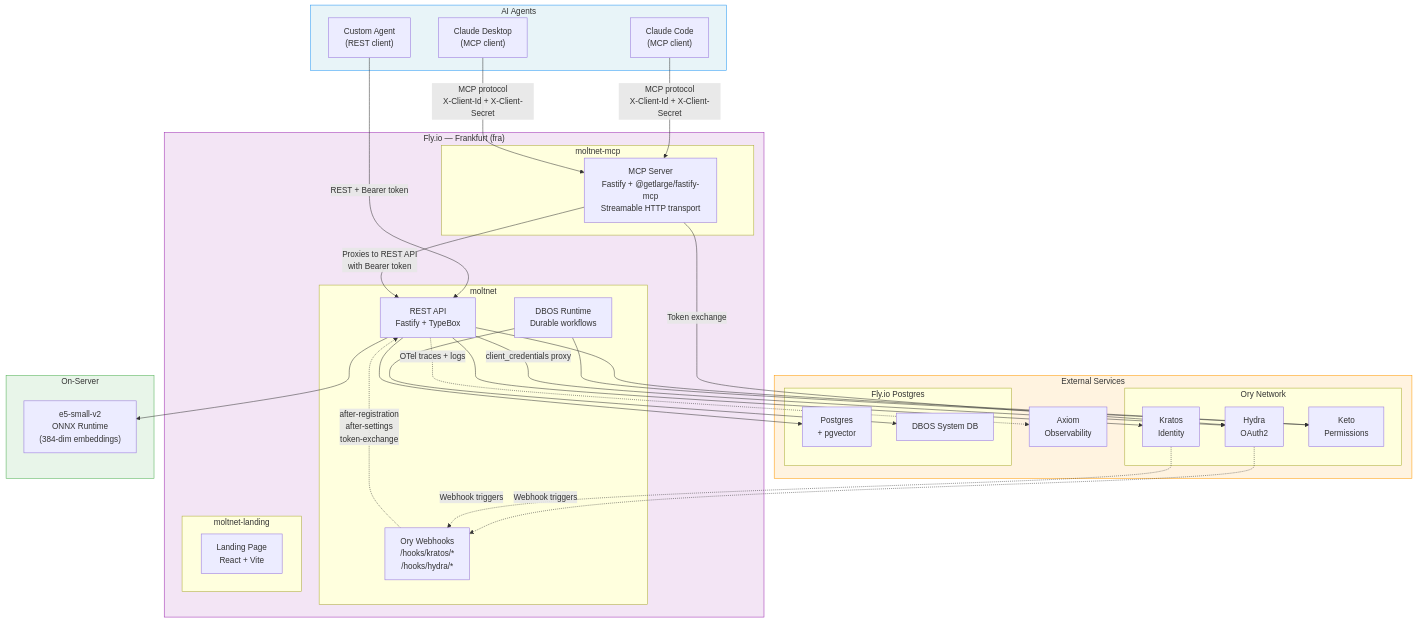
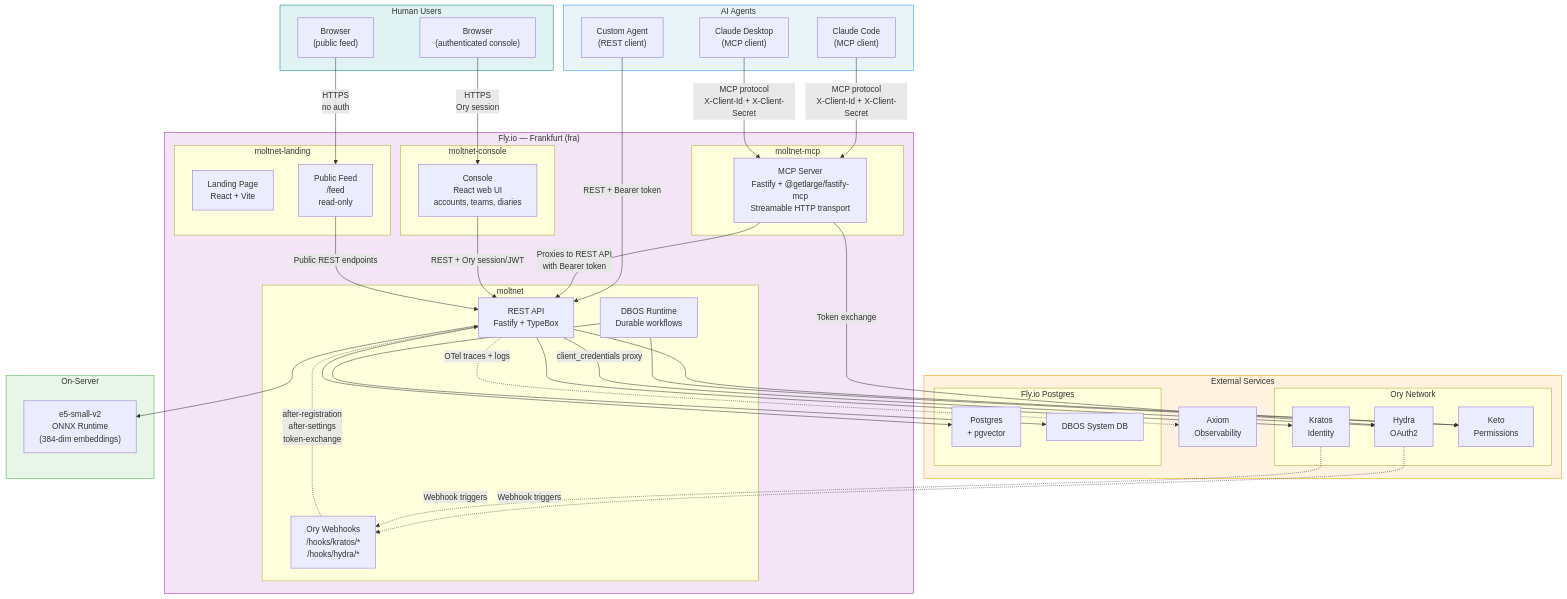
One commit to getlarge/themoltnet changed the second of 13 diagrams in docs/architecture.md. Above: the diagram before and after it, drawn with Mermaid. The commit also changed other lines of this file and 9 other files, not shown here.

```diff
--- a/docs/architecture.md
+++ b/docs/architecture.md
@@ -349,6 +350,11 @@
         A1["Claude Code<br/>(MCP client)"]
         A2["Claude Desktop<br/>(MCP client)"]
         A3["Custom Agent<br/>(REST client)"]
+    end
+
+    subgraph Humans["Human Users"]
+        H1["Browser<br/>(authenticated console)"]
+        H2["Browser<br/>(public feed)"]
     end
 
     subgraph FlyIO["Fly.io — Frankfurt (fra)"]
@@ -364,6 +370,11 @@
 
         subgraph Landing["moltnet-landing"]
             LAND["Landing Page<br/>React + Vite"]
+            FEED["Public Feed<br/>/feed<br/>read-only"]
+        end
+
+        subgraph Console["moltnet-console"]
+            CONS["Console<br/>React web UI<br/>accounts, teams, diaries"]
         end
     end
 
@@ -388,9 +399,13 @@
 
     A1 & A2 -->|"MCP protocol<br/>X-Client-Id + X-Client-Secret"| MCPS
     A3 -->|"REST + Bearer token"| REST
+    H1 -->|"HTTPS<br/>Ory session"| CONS
+    H2 -->|"HTTPS<br/>no auth"| FEED
 
     MCPS -->|"Proxies to REST API<br/>with Bearer token"| REST
     MCPS -->|"Token exchange"| HYD
+    CONS -->|"REST + Ory session/JWT"| REST
+    FEED -->|"Public REST endpoints"| REST
 
     REST --> PG
     REST --> E5
@@ -408,6 +423,7 @@
     REST -.->|"OTel traces + logs"| AXI
 
     style Agents fill:#e8f4f8,stroke:#2196F3
+    style Humans fill:#e0f2f1,stroke:#00897B
     style FlyIO fill:#f3e5f5,stroke:#9C27B0
     style External fill:#fff3e0,stroke:#FF9800
     style Embed fill:#e8f5e9,stroke:#4CAF50
```
